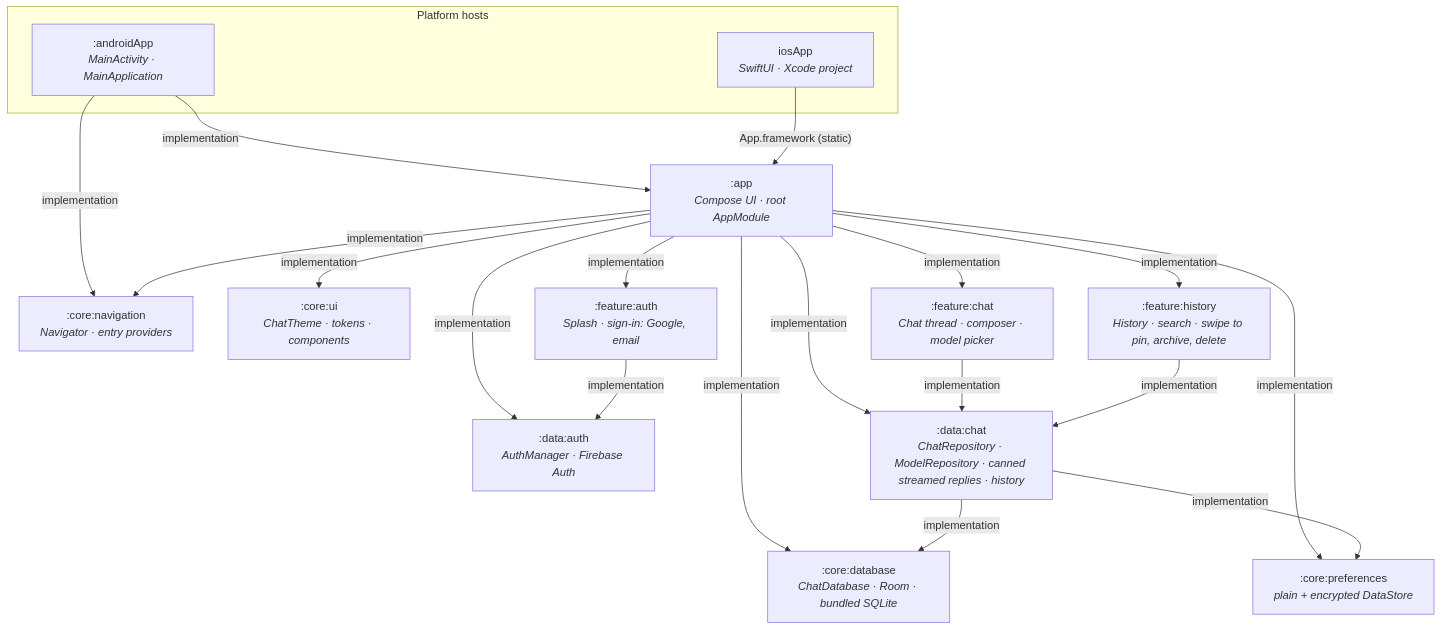
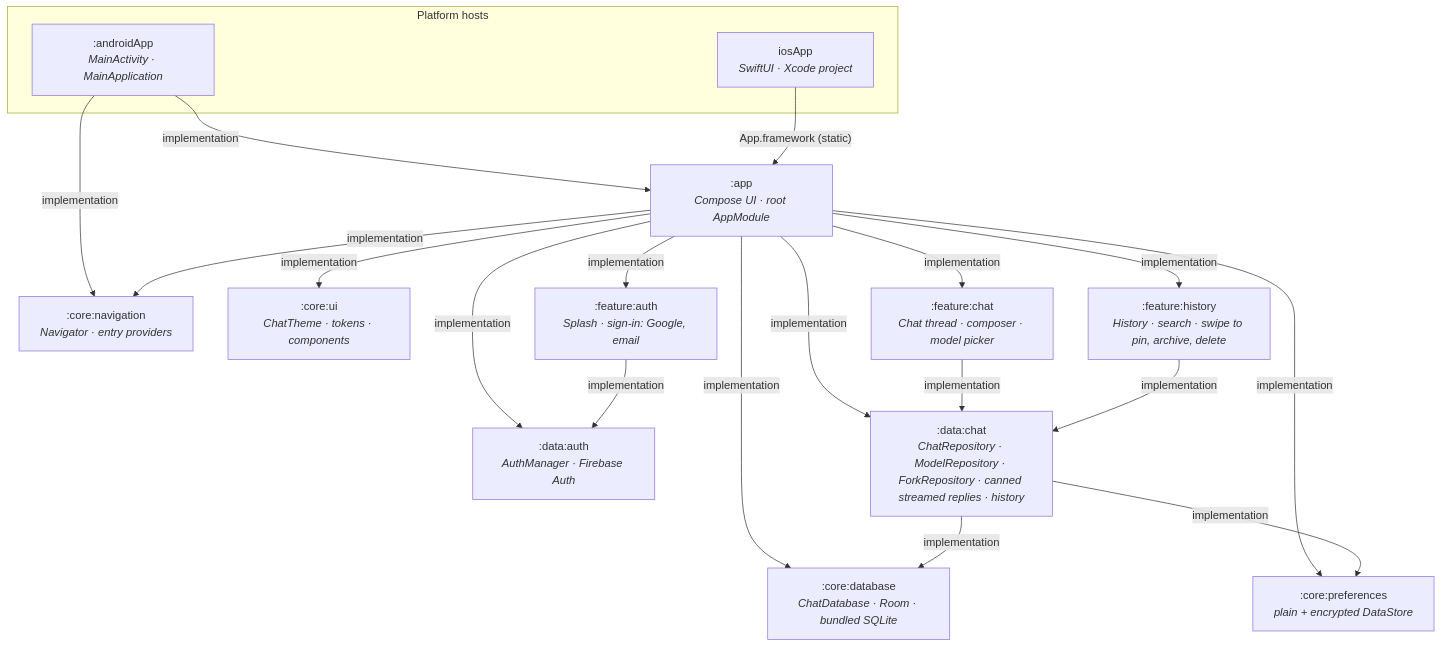
The diagram in README.md (weslley-poatek/chat), drawn with Mermaid before and after one commit. The commit also changed other lines of this file and 12 other files, not shown here.

Commit message:
✨ feat: Add forking a conversation at a message and the fork banner's dismissal to data:chat.

````diff
--- a/README.md
+++ b/README.md
@@ -90,36 +91,36 @@
 ```mermaid
 flowchart TD
     subgraph hosts ["Platform hosts"]
         androidApp[":androidApp<br/><i>MainActivity · MainApplication</i>"]
         iosApp["iosApp<br/><i>SwiftUI · Xcode project</i>"]
     end
 
     app[":app<br/><i>Compose UI · root AppModule</i>"]
     db[":core:database<br/><i>ChatDatabase · Room · bundled SQLite</i>"]
     nav[":core:navigation<br/><i>Navigator · entry providers</i>"]
     prefs[":core:preferences<br/><i>plain + encrypted DataStore</i>"]
     ui[":core:ui<br/><i>ChatTheme · tokens · components</i>"]
     featureAuth[":feature:auth<br/><i>Splash · sign-in: Google, email</i>"]
     featureChat[":feature:chat<br/><i>Chat thread · composer · model picker</i>"]
     featureHistory[":feature:history<br/><i>History · search · swipe to pin, archive, delete</i>"]
     dataAuth[":data:auth<br/><i>AuthManager · Firebase Auth</i>"]
-    dataChat[":data:chat<br/><i>ChatRepository · ModelRepository · canned streamed replies · history</i>"]
+    dataChat[":data:chat<br/><i>ChatRepository · ModelRepository · ForkRepository · canned streamed replies · history</i>"]
 
     androidApp -- "implementation" --> app
     androidApp -- "implementation" --> nav
     iosApp -- "App.framework (static)" --> app
     app -- "implementation" --> db
     app -- "implementation" --> nav
     app -- "implementation" --> prefs
     app -- "implementation" --> ui
     app -- "implementation" --> featureAuth
     app -- "implementation" --> featureChat
     app -- "implementation" --> featureHistory
     app -- "implementation" --> dataAuth
     app -- "implementation" --> dataChat
     featureAuth -- "implementation" --> dataAuth
     featureChat -- "implementation" --> dataChat
     featureHistory -- "implementation" --> dataChat
     dataChat -- "implementation" --> db
     dataChat -- "implementation" --> prefs
 ```
````
